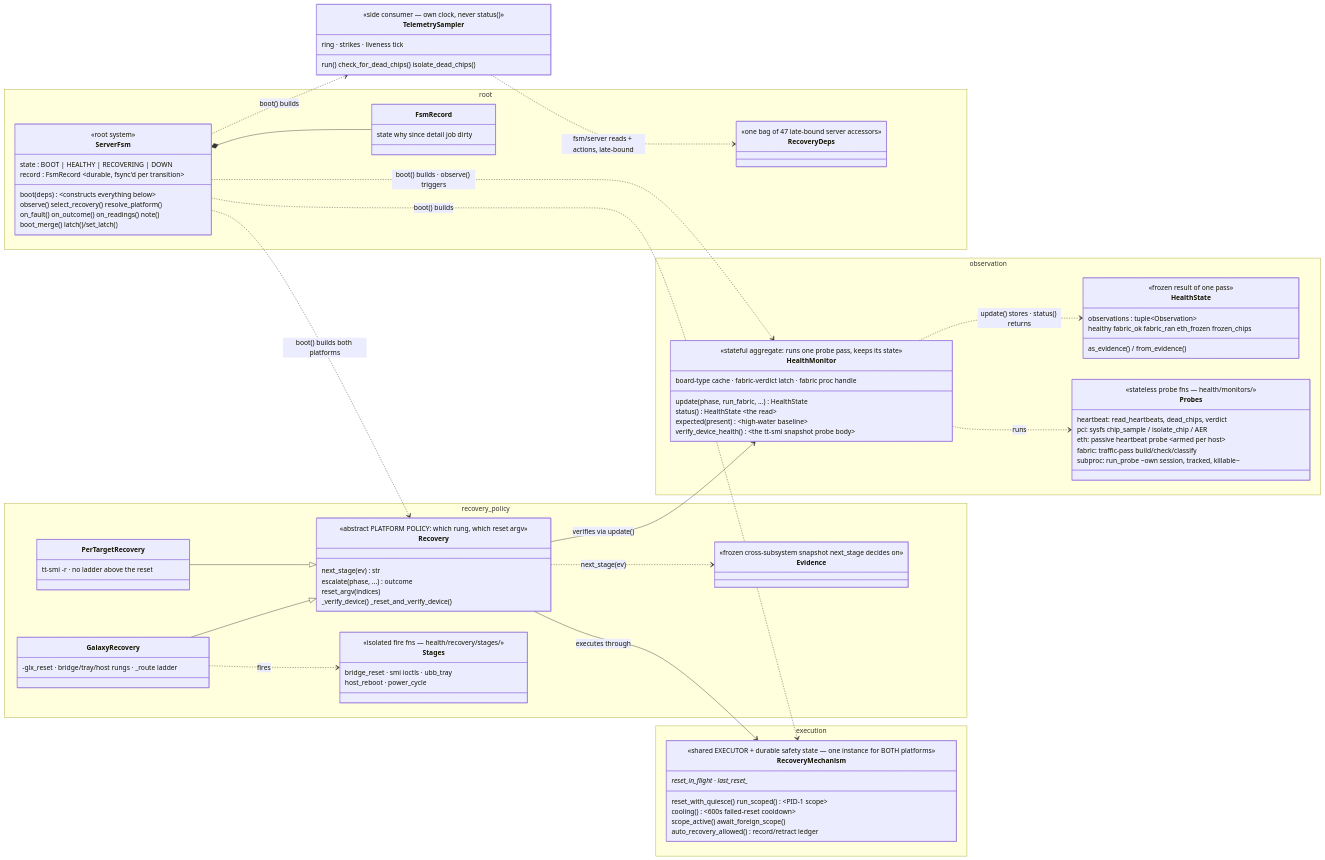
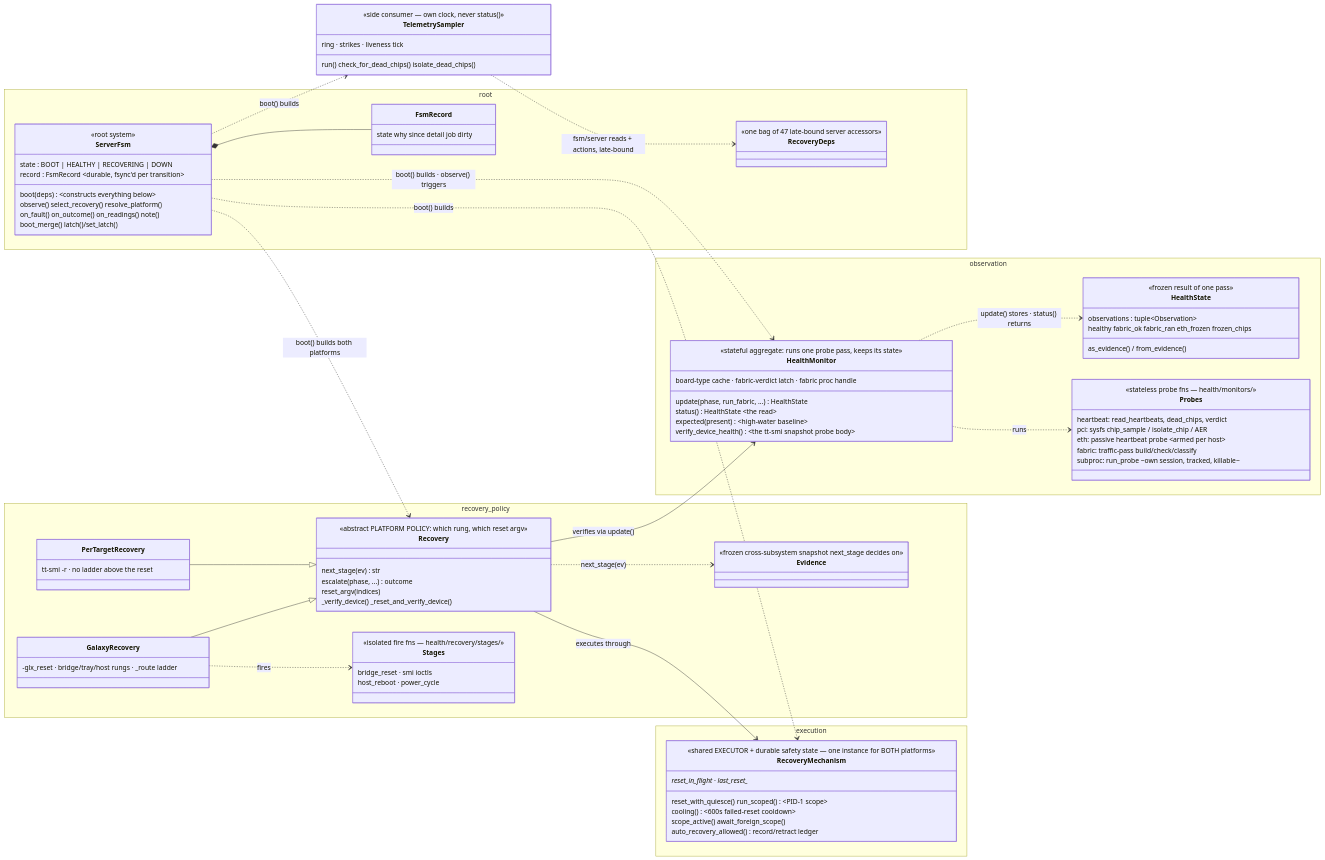
Before and after one commit to tenstorrent/tt-device-mcp: the first of 3 diagrams in specs/03-health.md, drawn with Mermaid. The commit also changed other lines of this file and 273 other files, not shown here.

```diff
--- a/specs/03-health.md
+++ b/specs/03-health.md
@@ -419,7 +2152,7 @@
     }
     class Stages {
       <<isolated fire fns — health/recovery/stages/>>
-      bridge_reset · smi ioctls · ubb_tray
+      bridge_reset · smi ioctls
       host_reboot · power_cycle
     }
   }
```
